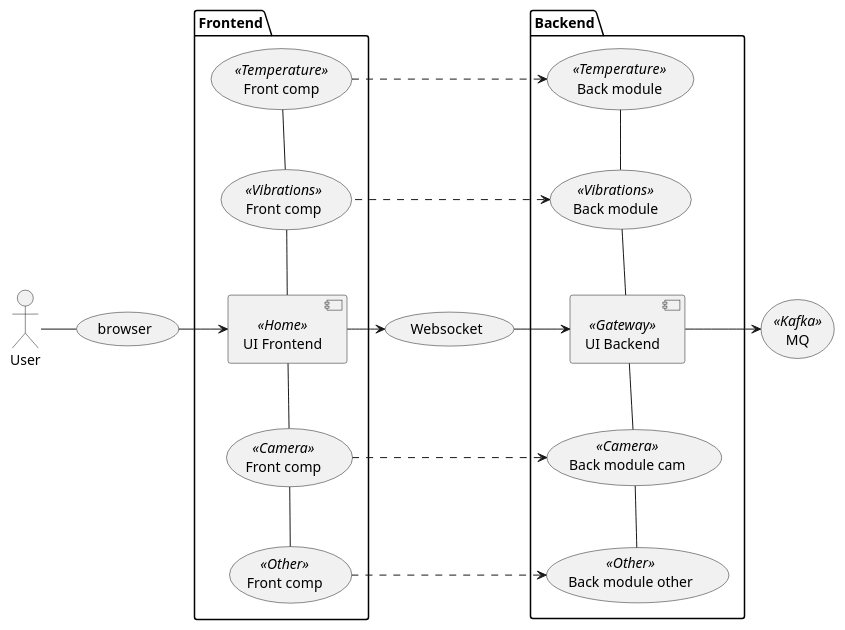
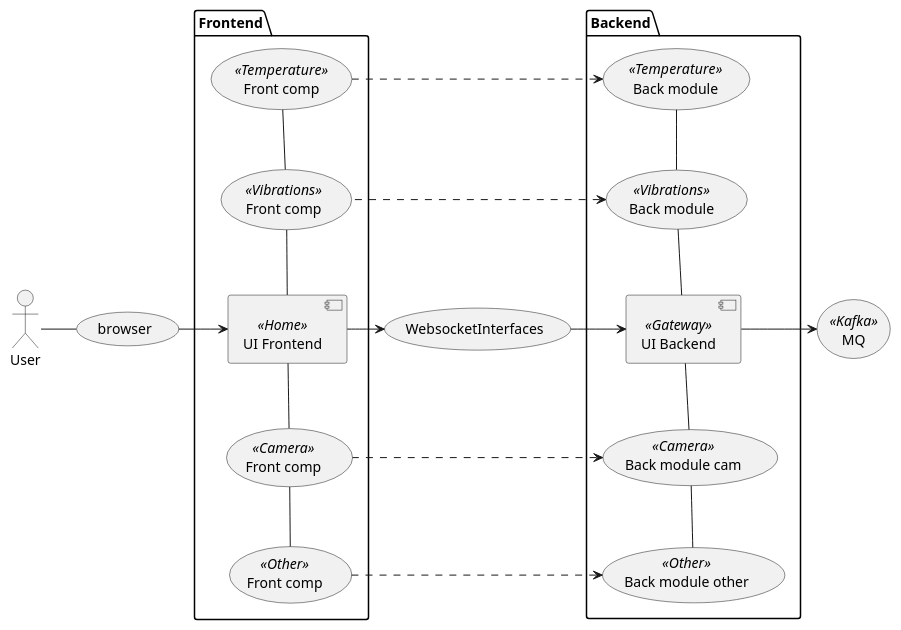
One commit to Datana-company/ktor-kafka changed the diagram in README.md. Above: the diagram before and after it, drawn with PlantUML. The commit also changed 22 other files, not shown here.

````diff
--- a/README.md
+++ b/README.md
@@ -7,50 +7,50 @@
 ```plantuml
 @startuml
 
 actor User
 (browser) as browser
-(Websocket) as ws
+(WebsocketInterfaces) as ws
 (MQ) <<Kafka>> as mq
 
 package "Frontend" as front {
   [UI Frontend] <<Home>> as umain
   (Front comp) <<Temperature>> as utemp
   (Front comp) <<Vibrations>> as uvib
   (Front comp) <<Camera>> as ucam
   (Front comp) <<Other>> as uoth
 
   umain -up- uvib
   umain -down- ucam
   uvib -up- utemp
   ucam -down- uoth
 }
 
 
 package "Backend" as back {
   [UI Backend] <<Gateway>> as bgate
   (Back module) <<Temperature>> as btemp
   (Back module) <<Vibrations>> as bvib
   (Back module cam) <<Camera>> as bcam
   (Back module other) <<Other>> as both
 
   bgate -up- bvib
   bgate -down- bcam
   bvib -up- btemp
   bcam -down- both
 }
 
 
 
 User -right- browser
 umain <-left- browser
 umain -right-> ws
 ws -right-> bgate
 bgate -right-> mq
 
 utemp .left.> btemp
 uvib  .left.> bvib
 ucam  .left.> bcam
 uoth  .left.> both
 
 @enduml
 ```
````
